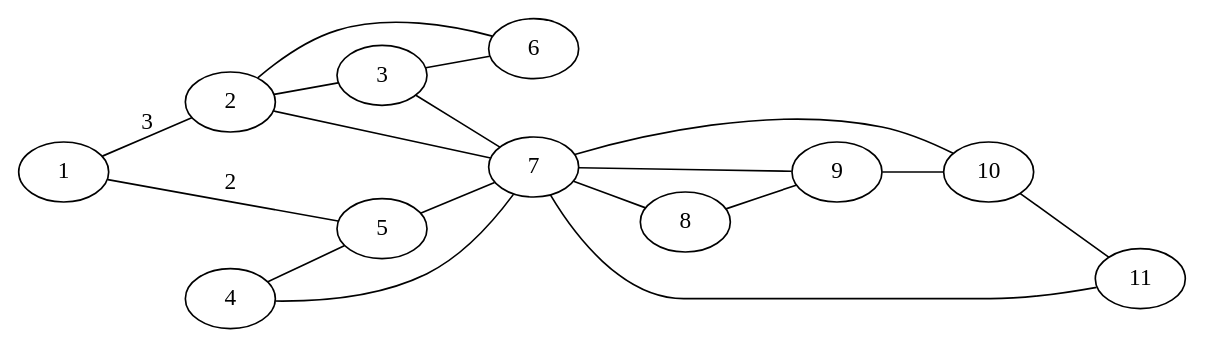
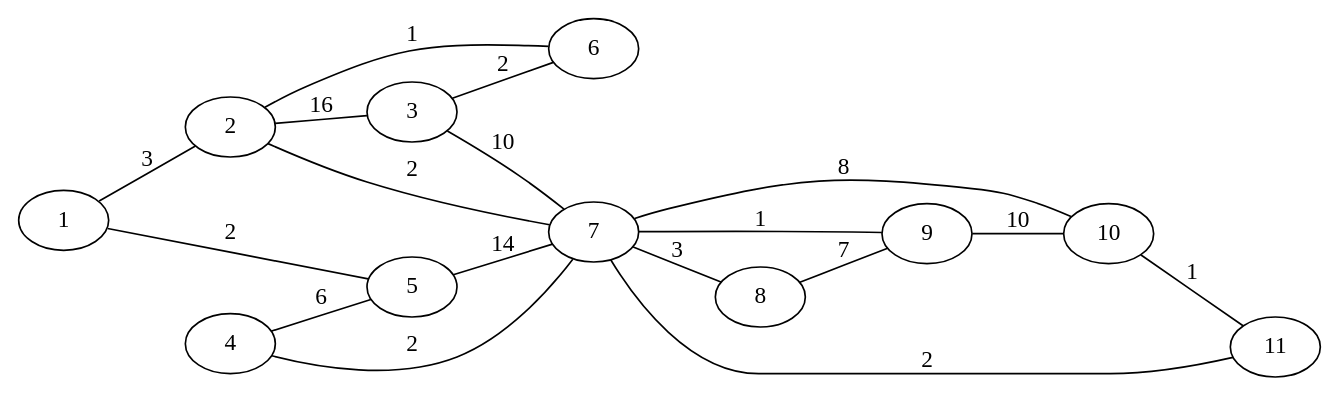
One commit to vitalfocheux/Chinese-Postman-Problem changed the diagram in ressources/tc1.gv. Above: the diagram before and after it, drawn with Graphviz. The commit also changed 6 other files, not shown here.

```diff
--- a/ressources/tc1.gv
+++ b/ressources/tc1.gv
@@ -1,20 +1,20 @@
 graph {
     rankdir=LR
     1 -- 2 [label=3, len=3]
     1 -- 5 [label=2, len=2]
-    2 -- 3 [len=16]
-    2 -- 6 [len=1]
-    2 -- 7 [len=2]
-    3 -- 6 [len=2]
-    3 -- 7 [len=10]
-    4 -- 5 [len=6]
-    4 -- 7 [len=2]
-    5 -- 7 [len=14]
-    7 -- 8 [len=3]
-    7 -- 9 [len=1]
-    7 -- 10 [len=8]
-    7 -- 11 [len=2]
-    8 -- 9 [len=7]
-    9 -- 10 [len=10]
-    10 -- 11 [len=1]
+    2 -- 3 [label=16, len=16]
+    2 -- 6 [label=1, len=1]
+    2 -- 7 [label=2, len=2]
+    3 -- 6 [label=2, len=2]
+    3 -- 7 [label=10, len=10]
+    4 -- 5 [label=6, len=6]
+    4 -- 7 [label=2, len=2]
+    5 -- 7 [label=14, len=14]
+    7 -- 8 [label=3, len=3]
+    7 -- 9 [label=1, len=1]
+    7 -- 10 [label=8, len=8]
+    7 -- 11 [label=2, len=2]
+    8 -- 9 [label=7, len=7]
+    9 -- 10 [label=10, len=10]
+    10 -- 11 [label=1, len=1]
 }
```
